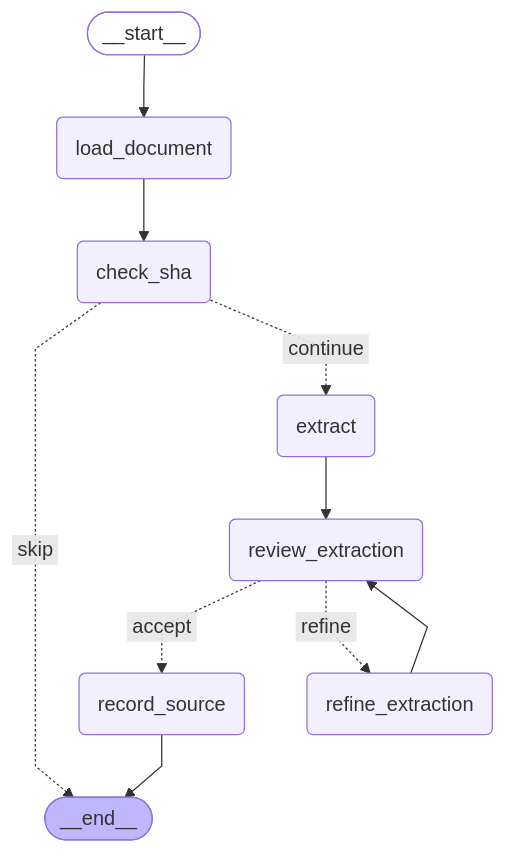
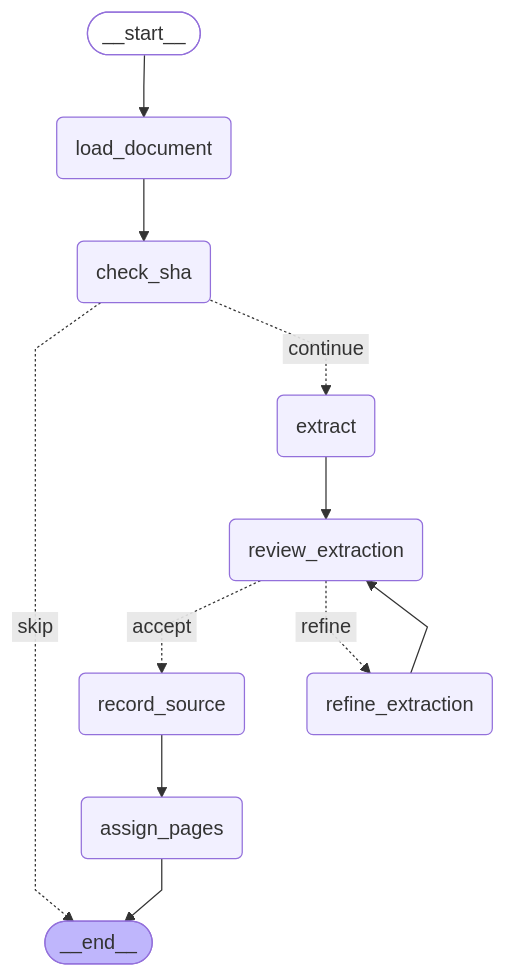
The first of 2 diagrams in docs/graphs.md (pongjenren/llm-wiki-langgraph), drawn with Mermaid before and after one commit. The commit also changed other lines of this file and 14 other files, not shown here.

````diff
--- a/docs/graphs.md
+++ b/docs/graphs.md
@@ -26,28 +32,30 @@
 ```mermaid
 ---
 config:
   flowchart:
     curve: linear
 ---
 graph TD;
 	__start__([<p>__start__</p>]):::first
 	load_document(load_document)
 	check_sha(check_sha)
 	extract(extract)
 	review_extraction(review_extraction)
 	refine_extraction(refine_extraction)
 	record_source(record_source)
+	assign_pages(assign_pages)
 	__end__([<p>__end__</p>]):::last
 	__start__ --> load_document;
 	check_sha -. &nbsp;skip&nbsp; .-> __end__;
 	check_sha -. &nbsp;continue&nbsp; .-> extract;
 	extract --> review_extraction;
 	load_document --> check_sha;
+	record_source --> assign_pages;
 	refine_extraction --> review_extraction;
 	review_extraction -. &nbsp;accept&nbsp; .-> record_source;
 	review_extraction -. &nbsp;refine&nbsp; .-> refine_extraction;
-	record_source --> __end__;
+	assign_pages --> __end__;
 	classDef default fill:#f2f0ff,line-height:1.2
 	classDef first fill-opacity:0
 	classDef last fill:#bfb6fc
 ```
````
